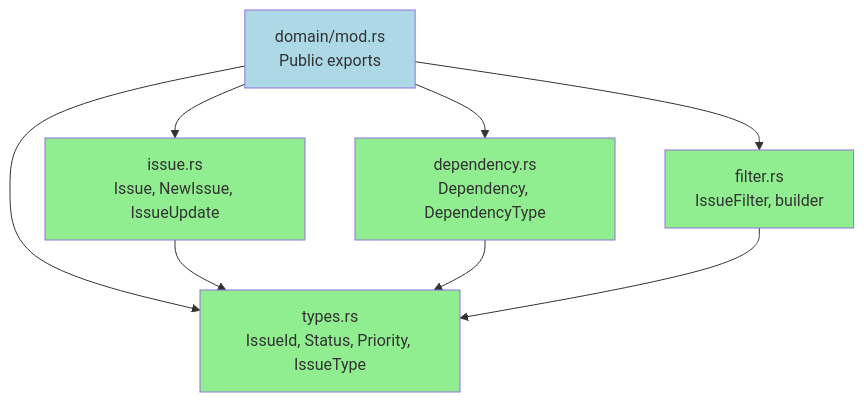
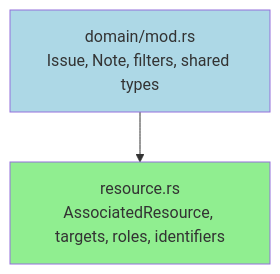
Before and after one commit to dwalleck/rivets: the third of 7 diagrams in docs/module-structure.md, drawn with Mermaid. The commit also changed other lines of this file and 7 other files, not shown here.

Commit message:
fix: preserve associated resource error types

````diff
--- a/docs/module-structure.md
+++ b/docs/module-structure.md
@@ -262,17 +259,7 @@
 ```mermaid
 graph TD
-    ModRS[domain/mod.rs<br/>Public exports] --> Issue[issue.rs<br/>Issue, NewIssue, IssueUpdate]
-    ModRS --> Dep[dependency.rs<br/>Dependency, DependencyType]
-    ModRS --> Filter[filter.rs<br/>IssueFilter, builder]
-    ModRS --> Types[types.rs<br/>IssueId, Status, Priority, IssueType]
-
-    Issue --> Types
-    Dep --> Types
-    Filter --> Types
+    ModRS[domain/mod.rs<br/>Issue, Note, filters, shared types] --> Resource[resource.rs<br/>AssociatedResource, targets, roles, identifiers]
 
     style ModRS fill:#ADD8E6
-    style Issue fill:#90EE90
-    style Dep fill:#90EE90
-    style Filter fill:#90EE90
-    style Types fill:#90EE90
+    style Resource fill:#90EE90
 ```
````
